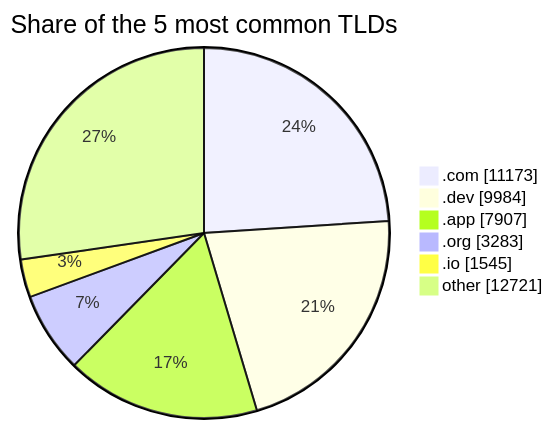
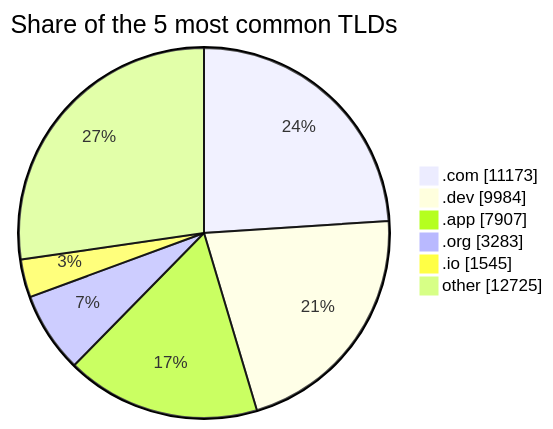
Before and after one commit to DNSBunker/CTI: the third of 3 diagrams in README.md, drawn with Mermaid. The commit also changed other lines of this file and 3 other files, not shown here.

````diff
--- a/README.md
+++ b/README.md
@@ -81,9 +81,9 @@
 ```mermaid
 pie showData title Share of the 5 most common TLDs
     ".com" : 11173
     ".dev" : 9984
     ".app" : 7907
     ".org" : 3283
     ".io" : 1545
-    "other" : 12721
+    "other" : 12725
 ```
````
